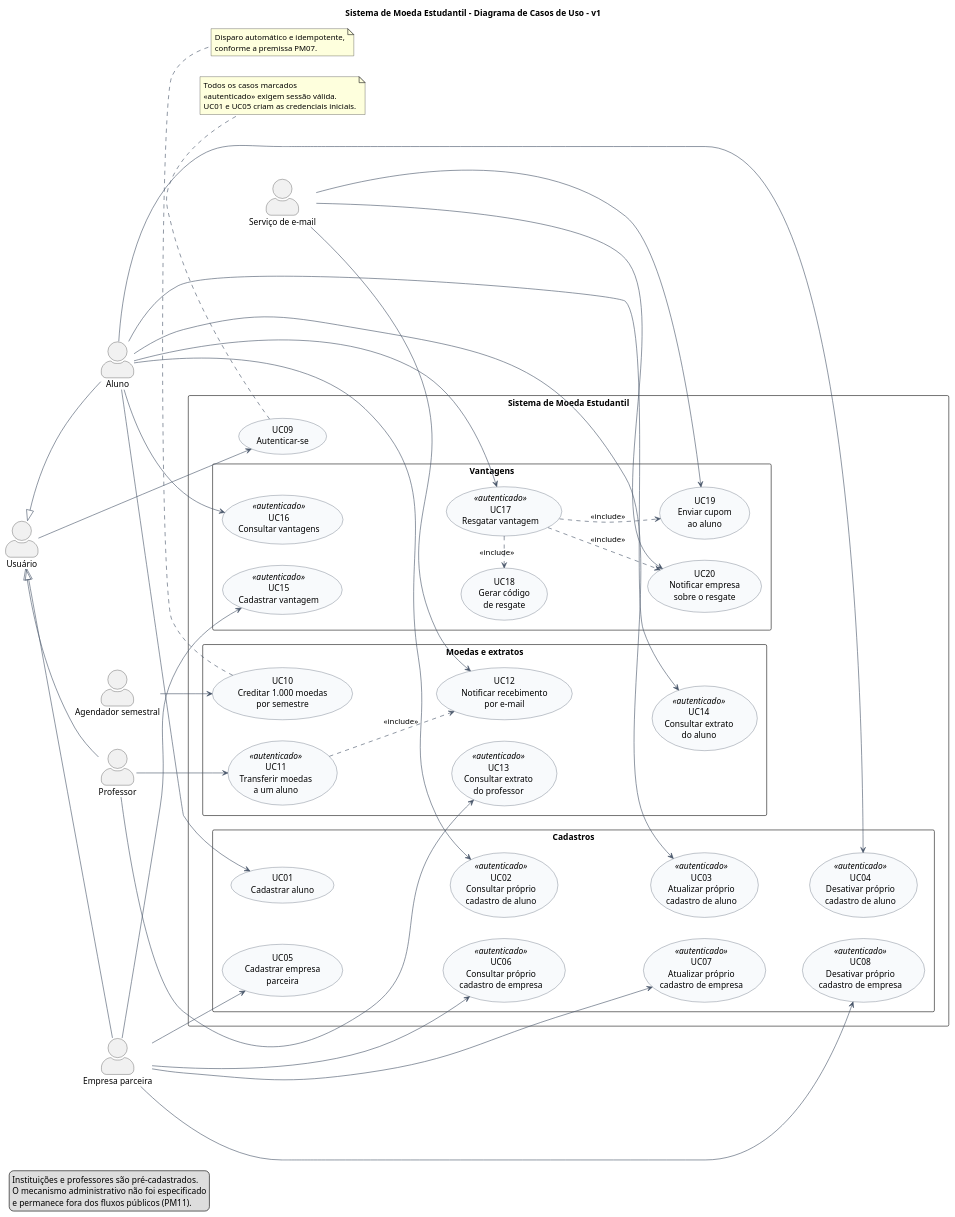
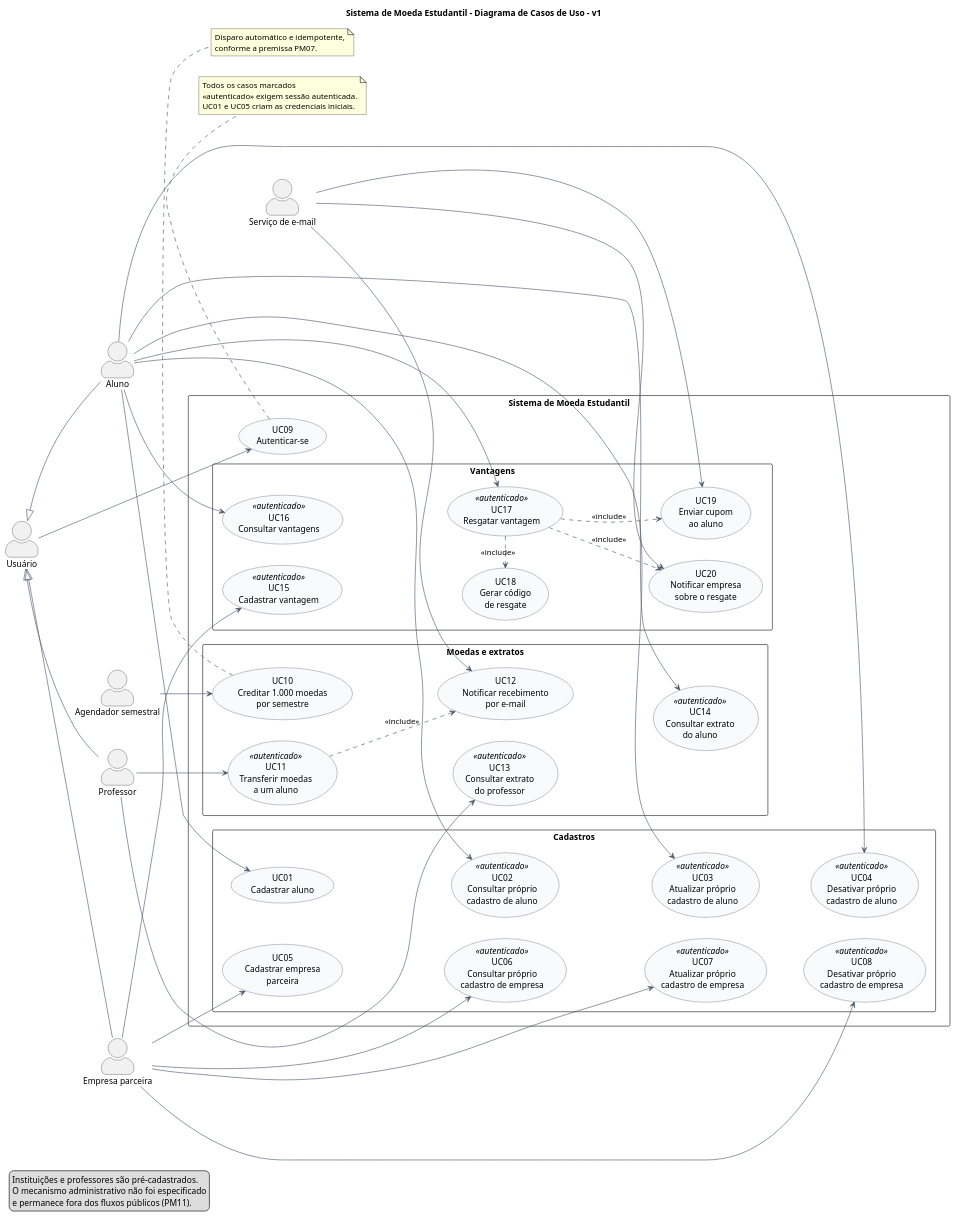
Before and after one commit to mariaclaranerii/sistema-moeda-estudantil: the diagram in docs/sprint-01/diagramas/v1/casos-de-uso.puml, drawn with PlantUML. The commit also changed 13 other files, not shown here.

Commit message:
docs(sprint-01): atualizar documentação e diagramas

```diff
--- a/docs/sprint-01/diagramas/v1/casos-de-uso.puml
+++ b/docs/sprint-01/diagramas/v1/casos-de-uso.puml
@@ -1,128 +1,128 @@
 @startuml
 title Sistema de Moeda Estudantil - Diagrama de Casos de Uso - v1
 left to right direction
 
 skinparam shadowing false
 skinparam packageStyle rectangle
 skinparam actorStyle awesome
 skinparam usecase {
   BackgroundColor #F8FAFC
   BorderColor #334155
   ArrowColor #475569
 }
 
 actor "Usuário" as Usuario
 actor "Aluno" as Aluno
 actor "Professor" as Professor
 actor "Empresa parceira" as Empresa
 actor "Agendador semestral" as Agendador
 actor "Serviço de e-mail" as Email
 
 Usuario <|-- Aluno
 Usuario <|-- Professor
 Usuario <|-- Empresa
 
 rectangle "Sistema de Moeda Estudantil" {
   usecase "UC09\nAutenticar-se" as UC09
 
   package "Cadastros" {
     usecase "UC01\nCadastrar aluno" as UC01
     usecase "UC02\nConsultar próprio\ncadastro de aluno" as UC02 <<autenticado>>
     usecase "UC03\nAtualizar próprio\ncadastro de aluno" as UC03 <<autenticado>>
     usecase "UC04\nDesativar próprio\ncadastro de aluno" as UC04 <<autenticado>>
 
     usecase "UC05\nCadastrar empresa\nparceira" as UC05
     usecase "UC06\nConsultar próprio\ncadastro de empresa" as UC06 <<autenticado>>
     usecase "UC07\nAtualizar próprio\ncadastro de empresa" as UC07 <<autenticado>>
     usecase "UC08\nDesativar próprio\ncadastro de empresa" as UC08 <<autenticado>>
 
     UC01 -[hidden]right-> UC05
     UC02 -[hidden]right-> UC06
     UC03 -[hidden]right-> UC07
     UC04 -[hidden]right-> UC08
     UC01 -[hidden]down-> UC02
     UC02 -[hidden]down-> UC03
     UC03 -[hidden]down-> UC04
     UC05 -[hidden]down-> UC06
     UC06 -[hidden]down-> UC07
     UC07 -[hidden]down-> UC08
   }
 
   package "Moedas e extratos" {
     usecase "UC10\nCreditar 1.000 moedas\npor semestre" as UC10
     usecase "UC11\nTransferir moedas\na um aluno" as UC11 <<autenticado>>
     usecase "UC12\nNotificar recebimento\npor e-mail" as UC12
     usecase "UC13\nConsultar extrato\ndo professor" as UC13 <<autenticado>>
     usecase "UC14\nConsultar extrato\ndo aluno" as UC14 <<autenticado>>
 
     UC10 -[hidden]right-> UC11
     UC12 -[hidden]right-> UC13
     UC10 -[hidden]down-> UC12
     UC11 -[hidden]down-> UC13
     UC13 -[hidden]down-> UC14
   }
 
   package "Vantagens" {
     usecase "UC15\nCadastrar vantagem" as UC15 <<autenticado>>
     usecase "UC16\nConsultar vantagens" as UC16 <<autenticado>>
     usecase "UC17\nResgatar vantagem" as UC17 <<autenticado>>
     usecase "UC18\nGerar código\nde resgate" as UC18
     usecase "UC19\nEnviar cupom\nao aluno" as UC19
     usecase "UC20\nNotificar empresa\nsobre o resgate" as UC20
 
     UC15 -[hidden]right-> UC16
     UC17 -[hidden]right-> UC18
     UC19 -[hidden]right-> UC20
     UC15 -[hidden]down-> UC17
     UC17 -[hidden]down-> UC19
     UC16 -[hidden]down-> UC18
     UC18 -[hidden]down-> UC20
   }
 }
 
 Usuario --> UC09
 
 Aluno --> UC01
 Aluno --> UC02
 Aluno --> UC03
 Aluno --> UC04
 Aluno --> UC14
 Aluno --> UC16
 Aluno --> UC17
 
 Professor --> UC11
 Professor --> UC13
 
 Empresa --> UC05
 Empresa --> UC06
 Empresa --> UC07
 Empresa --> UC08
 Empresa --> UC15
 
 Agendador --> UC10
 Email --> UC12
 Email --> UC19
 Email --> UC20
 
 UC11 .> UC12 : <<include>>
 UC17 .> UC18 : <<include>>
 UC17 .> UC19 : <<include>>
 UC17 .> UC20 : <<include>>
 
 note bottom of UC09
   Todos os casos marcados
-  <<autenticado>> exigem sessão válida.
+  <<autenticado>> exigem sessão autenticada.
   UC01 e UC05 criam as credenciais iniciais.
 end note
 
 note bottom of UC10
   Disparo automático e idempotente,
   conforme a premissa PM07.
 end note
 
 legend bottom left
   Instituições e professores são pré-cadastrados.
   O mecanismo administrativo não foi especificado
   e permanece fora dos fluxos públicos (PM11).
 endlegend
 @enduml
```
